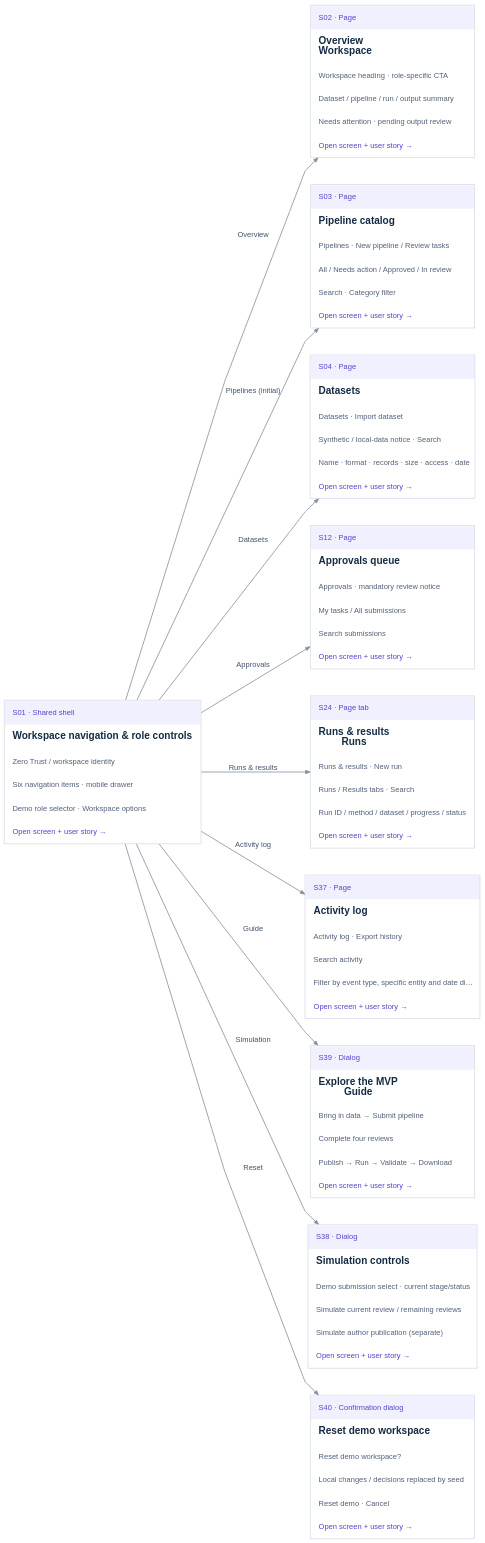
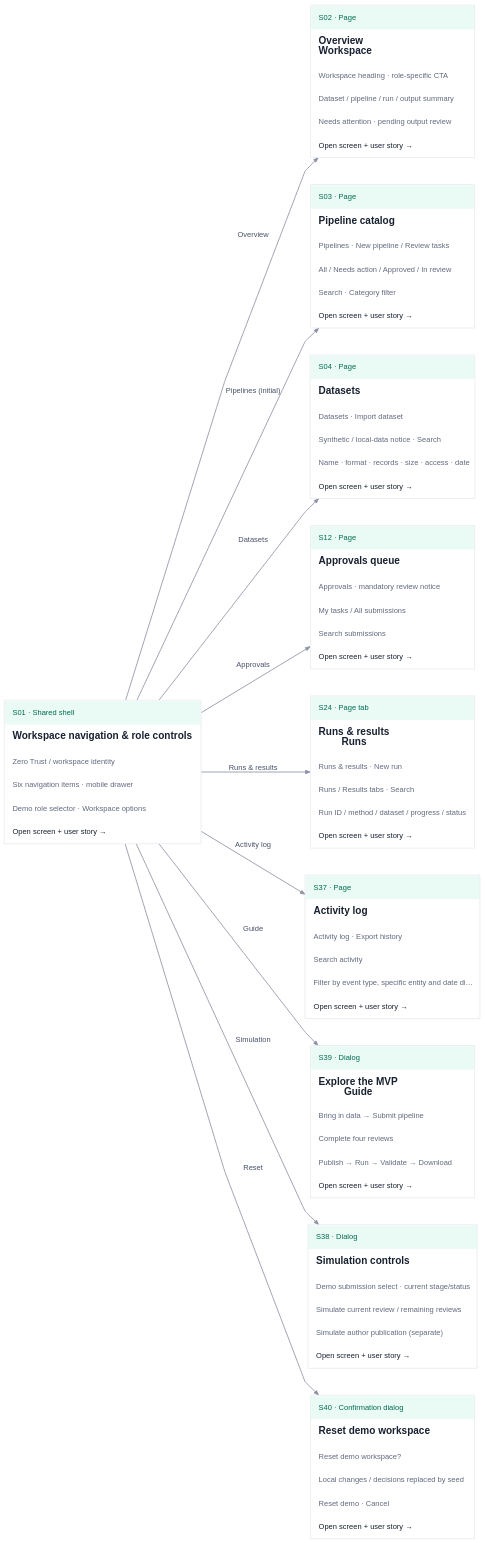
The diagram in public/mvp-flow-docs/flows/F01.dot (T-dotnet/Zero_trust), drawn with Graphviz before and after one commit. The commit also changed 50 other files, not shown here.

Commit message:
docs(mvp): refresh palette, progress and journey screenshots

```diff
--- a/public/mvp-flow-docs/flows/F01.dot
+++ b/public/mvp-flow-docs/flows/F01.dot
@@ -1,17 +1,17 @@
 digraph flow {
 graph [rankdir=LR, bgcolor="transparent", pad="0.25", nodesep="0.6", ranksep="1.05", splines=polyline, outputorder=edgesfirst];
 node [shape=plain, fontname="Arial"];
-edge [color="#8590a2", fontcolor="#42526b", fontname="Arial", fontsize=12, arrowsize=0.75, penwidth=1.3];
-S01 [id="node-S01", href="#screen=S01&journey=F01", tooltip="Workspace navigation & role controls", label=<<TABLE BORDER="1" COLOR="#cbd2df" CELLBORDER="0" CELLSPACING="0" CELLPADDING="12" BGCOLOR="white"><TR><TD ALIGN="LEFT" WIDTH="260" BGCOLOR="#f1f0ff"><FONT POINT-SIZE="12" COLOR="#5147cb">S01 · Shared shell</FONT></TD></TR><TR><TD ALIGN="LEFT"><FONT POINT-SIZE="16" COLOR="#152b42"><B>Workspace navigation &amp; role controls</B></FONT></TD></TR><TR><TD ALIGN="LEFT"><FONT POINT-SIZE="12" COLOR="#52617a">Zero Trust / workspace identity</FONT></TD></TR><TR><TD ALIGN="LEFT"><FONT POINT-SIZE="12" COLOR="#52617a">Six navigation items · mobile drawer</FONT></TD></TR><TR><TD ALIGN="LEFT"><FONT POINT-SIZE="12" COLOR="#52617a">Demo role selector · Workspace options</FONT></TD></TR><TR><TD ALIGN="LEFT"><FONT POINT-SIZE="12" COLOR="#5147cb">Open screen + user story →</FONT></TD></TR></TABLE>>];
-S02 [id="node-S02", href="#screen=S02&journey=F01", tooltip="Overview · Workspace", label=<<TABLE BORDER="1" COLOR="#cbd2df" CELLBORDER="0" CELLSPACING="0" CELLPADDING="12" BGCOLOR="white"><TR><TD ALIGN="LEFT" WIDTH="260" BGCOLOR="#f1f0ff"><FONT POINT-SIZE="12" COLOR="#5147cb">S02 · Page</FONT></TD></TR><TR><TD ALIGN="LEFT"><FONT POINT-SIZE="16" COLOR="#152b42"><B>Overview<BR ALIGN="LEFT"/>Workspace</B></FONT></TD></TR><TR><TD ALIGN="LEFT"><FONT POINT-SIZE="12" COLOR="#52617a">Workspace heading · role-specific CTA</FONT></TD></TR><TR><TD ALIGN="LEFT"><FONT POINT-SIZE="12" COLOR="#52617a">Dataset / pipeline / run / output summary</FONT></TD></TR><TR><TD ALIGN="LEFT"><FONT POINT-SIZE="12" COLOR="#52617a">Needs attention · pending output review</FONT></TD></TR><TR><TD ALIGN="LEFT"><FONT POINT-SIZE="12" COLOR="#5147cb">Open screen + user story →</FONT></TD></TR></TABLE>>];
-S03 [id="node-S03", href="#screen=S03&journey=F01", tooltip="Pipeline catalog", label=<<TABLE BORDER="1" COLOR="#cbd2df" CELLBORDER="0" CELLSPACING="0" CELLPADDING="12" BGCOLOR="white"><TR><TD ALIGN="LEFT" WIDTH="260" BGCOLOR="#f1f0ff"><FONT POINT-SIZE="12" COLOR="#5147cb">S03 · Page</FONT></TD></TR><TR><TD ALIGN="LEFT"><FONT POINT-SIZE="16" COLOR="#152b42"><B>Pipeline catalog</B></FONT></TD></TR><TR><TD ALIGN="LEFT"><FONT POINT-SIZE="12" COLOR="#52617a">Pipelines · New pipeline / Review tasks</FONT></TD></TR><TR><TD ALIGN="LEFT"><FONT POINT-SIZE="12" COLOR="#52617a">All / Needs action / Approved / In review</FONT></TD></TR><TR><TD ALIGN="LEFT"><FONT POINT-SIZE="12" COLOR="#52617a">Search · Category filter</FONT></TD></TR><TR><TD ALIGN="LEFT"><FONT POINT-SIZE="12" COLOR="#5147cb">Open screen + user story →</FONT></TD></TR></TABLE>>];
-S04 [id="node-S04", href="#screen=S04&journey=F01", tooltip="Datasets", label=<<TABLE BORDER="1" COLOR="#cbd2df" CELLBORDER="0" CELLSPACING="0" CELLPADDING="12" BGCOLOR="white"><TR><TD ALIGN="LEFT" WIDTH="260" BGCOLOR="#f1f0ff"><FONT POINT-SIZE="12" COLOR="#5147cb">S04 · Page</FONT></TD></TR><TR><TD ALIGN="LEFT"><FONT POINT-SIZE="16" COLOR="#152b42"><B>Datasets</B></FONT></TD></TR><TR><TD ALIGN="LEFT"><FONT POINT-SIZE="12" COLOR="#52617a">Datasets · Import dataset</FONT></TD></TR><TR><TD ALIGN="LEFT"><FONT POINT-SIZE="12" COLOR="#52617a">Synthetic / local-data notice · Search</FONT></TD></TR><TR><TD ALIGN="LEFT"><FONT POINT-SIZE="12" COLOR="#52617a">Name · format · records · size · access · date</FONT></TD></TR><TR><TD ALIGN="LEFT"><FONT POINT-SIZE="12" COLOR="#5147cb">Open screen + user story →</FONT></TD></TR></TABLE>>];
-S12 [id="node-S12", href="#screen=S12&journey=F01", tooltip="Approvals queue", label=<<TABLE BORDER="1" COLOR="#cbd2df" CELLBORDER="0" CELLSPACING="0" CELLPADDING="12" BGCOLOR="white"><TR><TD ALIGN="LEFT" WIDTH="260" BGCOLOR="#f1f0ff"><FONT POINT-SIZE="12" COLOR="#5147cb">S12 · Page</FONT></TD></TR><TR><TD ALIGN="LEFT"><FONT POINT-SIZE="16" COLOR="#152b42"><B>Approvals queue</B></FONT></TD></TR><TR><TD ALIGN="LEFT"><FONT POINT-SIZE="12" COLOR="#52617a">Approvals · mandatory review notice</FONT></TD></TR><TR><TD ALIGN="LEFT"><FONT POINT-SIZE="12" COLOR="#52617a">My tasks / All submissions</FONT></TD></TR><TR><TD ALIGN="LEFT"><FONT POINT-SIZE="12" COLOR="#52617a">Search submissions</FONT></TD></TR><TR><TD ALIGN="LEFT"><FONT POINT-SIZE="12" COLOR="#5147cb">Open screen + user story →</FONT></TD></TR></TABLE>>];
-S24 [id="node-S24", href="#screen=S24&journey=F01", tooltip="Runs & results · Runs", label=<<TABLE BORDER="1" COLOR="#cbd2df" CELLBORDER="0" CELLSPACING="0" CELLPADDING="12" BGCOLOR="white"><TR><TD ALIGN="LEFT" WIDTH="260" BGCOLOR="#f1f0ff"><FONT POINT-SIZE="12" COLOR="#5147cb">S24 · Page tab</FONT></TD></TR><TR><TD ALIGN="LEFT"><FONT POINT-SIZE="16" COLOR="#152b42"><B>Runs &amp; results<BR ALIGN="LEFT"/>Runs</B></FONT></TD></TR><TR><TD ALIGN="LEFT"><FONT POINT-SIZE="12" COLOR="#52617a">Runs &amp; results · New run</FONT></TD></TR><TR><TD ALIGN="LEFT"><FONT POINT-SIZE="12" COLOR="#52617a">Runs / Results tabs · Search</FONT></TD></TR><TR><TD ALIGN="LEFT"><FONT POINT-SIZE="12" COLOR="#52617a">Run ID / method / dataset / progress / status</FONT></TD></TR><TR><TD ALIGN="LEFT"><FONT POINT-SIZE="12" COLOR="#5147cb">Open screen + user story →</FONT></TD></TR></TABLE>>];
-S37 [id="node-S37", href="#screen=S37&journey=F01", tooltip="Activity log", label=<<TABLE BORDER="1" COLOR="#cbd2df" CELLBORDER="0" CELLSPACING="0" CELLPADDING="12" BGCOLOR="white"><TR><TD ALIGN="LEFT" WIDTH="260" BGCOLOR="#f1f0ff"><FONT POINT-SIZE="12" COLOR="#5147cb">S37 · Page</FONT></TD></TR><TR><TD ALIGN="LEFT"><FONT POINT-SIZE="16" COLOR="#152b42"><B>Activity log</B></FONT></TD></TR><TR><TD ALIGN="LEFT"><FONT POINT-SIZE="12" COLOR="#52617a">Activity log · Export history</FONT></TD></TR><TR><TD ALIGN="LEFT"><FONT POINT-SIZE="12" COLOR="#52617a">Search activity</FONT></TD></TR><TR><TD ALIGN="LEFT"><FONT POINT-SIZE="12" COLOR="#52617a">Filter by event type, specific entity and date di…</FONT></TD></TR><TR><TD ALIGN="LEFT"><FONT POINT-SIZE="12" COLOR="#5147cb">Open screen + user story →</FONT></TD></TR></TABLE>>];
-S39 [id="node-S39", href="#screen=S39&journey=F01", tooltip="Explore the MVP · Guide", label=<<TABLE BORDER="1" COLOR="#cbd2df" CELLBORDER="0" CELLSPACING="0" CELLPADDING="12" BGCOLOR="white"><TR><TD ALIGN="LEFT" WIDTH="260" BGCOLOR="#f1f0ff"><FONT POINT-SIZE="12" COLOR="#5147cb">S39 · Dialog</FONT></TD></TR><TR><TD ALIGN="LEFT"><FONT POINT-SIZE="16" COLOR="#152b42"><B>Explore the MVP<BR ALIGN="LEFT"/>Guide</B></FONT></TD></TR><TR><TD ALIGN="LEFT"><FONT POINT-SIZE="12" COLOR="#52617a">Bring in data → Submit pipeline</FONT></TD></TR><TR><TD ALIGN="LEFT"><FONT POINT-SIZE="12" COLOR="#52617a">Complete four reviews</FONT></TD></TR><TR><TD ALIGN="LEFT"><FONT POINT-SIZE="12" COLOR="#52617a">Publish → Run → Validate → Download</FONT></TD></TR><TR><TD ALIGN="LEFT"><FONT POINT-SIZE="12" COLOR="#5147cb">Open screen + user story →</FONT></TD></TR></TABLE>>];
-S38 [id="node-S38", href="#screen=S38&journey=F01", tooltip="Simulation controls", label=<<TABLE BORDER="1" COLOR="#cbd2df" CELLBORDER="0" CELLSPACING="0" CELLPADDING="12" BGCOLOR="white"><TR><TD ALIGN="LEFT" WIDTH="260" BGCOLOR="#f1f0ff"><FONT POINT-SIZE="12" COLOR="#5147cb">S38 · Dialog</FONT></TD></TR><TR><TD ALIGN="LEFT"><FONT POINT-SIZE="16" COLOR="#152b42"><B>Simulation controls</B></FONT></TD></TR><TR><TD ALIGN="LEFT"><FONT POINT-SIZE="12" COLOR="#52617a">Demo submission select · current stage/status</FONT></TD></TR><TR><TD ALIGN="LEFT"><FONT POINT-SIZE="12" COLOR="#52617a">Simulate current review / remaining reviews</FONT></TD></TR><TR><TD ALIGN="LEFT"><FONT POINT-SIZE="12" COLOR="#52617a">Simulate author publication (separate)</FONT></TD></TR><TR><TD ALIGN="LEFT"><FONT POINT-SIZE="12" COLOR="#5147cb">Open screen + user story →</FONT></TD></TR></TABLE>>];
-S40 [id="node-S40", href="#screen=S40&journey=F01", tooltip="Reset demo workspace", label=<<TABLE BORDER="1" COLOR="#cbd2df" CELLBORDER="0" CELLSPACING="0" CELLPADDING="12" BGCOLOR="white"><TR><TD ALIGN="LEFT" WIDTH="260" BGCOLOR="#f1f0ff"><FONT POINT-SIZE="12" COLOR="#5147cb">S40 · Confirmation dialog</FONT></TD></TR><TR><TD ALIGN="LEFT"><FONT POINT-SIZE="16" COLOR="#152b42"><B>Reset demo workspace</B></FONT></TD></TR><TR><TD ALIGN="LEFT"><FONT POINT-SIZE="12" COLOR="#52617a">Reset demo workspace?</FONT></TD></TR><TR><TD ALIGN="LEFT"><FONT POINT-SIZE="12" COLOR="#52617a">Local changes / decisions replaced by seed</FONT></TD></TR><TR><TD ALIGN="LEFT"><FONT POINT-SIZE="12" COLOR="#52617a">Reset demo · Cancel</FONT></TD></TR><TR><TD ALIGN="LEFT"><FONT POINT-SIZE="12" COLOR="#5147cb">Open screen + user story →</FONT></TD></TR></TABLE>>];
+edge [color="#8c91a4", fontcolor="#495268", fontname="Arial", fontsize=12, arrowsize=0.75, penwidth=1.3];
+S01 [id="node-S01", href="#screen=S01&journey=F01", tooltip="Workspace navigation & role controls", label=<<TABLE BORDER="1" COLOR="#e0e4ec" CELLBORDER="0" CELLSPACING="0" CELLPADDING="12" BGCOLOR="white"><TR><TD ALIGN="LEFT" WIDTH="260" BGCOLOR="#eafbf5"><FONT POINT-SIZE="12" COLOR="#006b50">S01 · Shared shell</FONT></TD></TR><TR><TD ALIGN="LEFT"><FONT POINT-SIZE="16" COLOR="#18212f"><B>Workspace navigation &amp; role controls</B></FONT></TD></TR><TR><TD ALIGN="LEFT"><FONT POINT-SIZE="12" COLOR="#626a7e">Zero Trust / workspace identity</FONT></TD></TR><TR><TD ALIGN="LEFT"><FONT POINT-SIZE="12" COLOR="#626a7e">Six navigation items · mobile drawer</FONT></TD></TR><TR><TD ALIGN="LEFT"><FONT POINT-SIZE="12" COLOR="#626a7e">Demo role selector · Workspace options</FONT></TD></TR><TR><TD ALIGN="LEFT"><FONT POINT-SIZE="12" COLOR="#18212f">Open screen + user story →</FONT></TD></TR></TABLE>>];
+S02 [id="node-S02", href="#screen=S02&journey=F01", tooltip="Overview · Workspace", label=<<TABLE BORDER="1" COLOR="#e0e4ec" CELLBORDER="0" CELLSPACING="0" CELLPADDING="12" BGCOLOR="white"><TR><TD ALIGN="LEFT" WIDTH="260" BGCOLOR="#eafbf5"><FONT POINT-SIZE="12" COLOR="#006b50">S02 · Page</FONT></TD></TR><TR><TD ALIGN="LEFT"><FONT POINT-SIZE="16" COLOR="#18212f"><B>Overview<BR ALIGN="LEFT"/>Workspace</B></FONT></TD></TR><TR><TD ALIGN="LEFT"><FONT POINT-SIZE="12" COLOR="#626a7e">Workspace heading · role-specific CTA</FONT></TD></TR><TR><TD ALIGN="LEFT"><FONT POINT-SIZE="12" COLOR="#626a7e">Dataset / pipeline / run / output summary</FONT></TD></TR><TR><TD ALIGN="LEFT"><FONT POINT-SIZE="12" COLOR="#626a7e">Needs attention · pending output review</FONT></TD></TR><TR><TD ALIGN="LEFT"><FONT POINT-SIZE="12" COLOR="#18212f">Open screen + user story →</FONT></TD></TR></TABLE>>];
+S03 [id="node-S03", href="#screen=S03&journey=F01", tooltip="Pipeline catalog", label=<<TABLE BORDER="1" COLOR="#e0e4ec" CELLBORDER="0" CELLSPACING="0" CELLPADDING="12" BGCOLOR="white"><TR><TD ALIGN="LEFT" WIDTH="260" BGCOLOR="#eafbf5"><FONT POINT-SIZE="12" COLOR="#006b50">S03 · Page</FONT></TD></TR><TR><TD ALIGN="LEFT"><FONT POINT-SIZE="16" COLOR="#18212f"><B>Pipeline catalog</B></FONT></TD></TR><TR><TD ALIGN="LEFT"><FONT POINT-SIZE="12" COLOR="#626a7e">Pipelines · New pipeline / Review tasks</FONT></TD></TR><TR><TD ALIGN="LEFT"><FONT POINT-SIZE="12" COLOR="#626a7e">All / Needs action / Approved / In review</FONT></TD></TR><TR><TD ALIGN="LEFT"><FONT POINT-SIZE="12" COLOR="#626a7e">Search · Category filter</FONT></TD></TR><TR><TD ALIGN="LEFT"><FONT POINT-SIZE="12" COLOR="#18212f">Open screen + user story →</FONT></TD></TR></TABLE>>];
+S04 [id="node-S04", href="#screen=S04&journey=F01", tooltip="Datasets", label=<<TABLE BORDER="1" COLOR="#e0e4ec" CELLBORDER="0" CELLSPACING="0" CELLPADDING="12" BGCOLOR="white"><TR><TD ALIGN="LEFT" WIDTH="260" BGCOLOR="#eafbf5"><FONT POINT-SIZE="12" COLOR="#006b50">S04 · Page</FONT></TD></TR><TR><TD ALIGN="LEFT"><FONT POINT-SIZE="16" COLOR="#18212f"><B>Datasets</B></FONT></TD></TR><TR><TD ALIGN="LEFT"><FONT POINT-SIZE="12" COLOR="#626a7e">Datasets · Import dataset</FONT></TD></TR><TR><TD ALIGN="LEFT"><FONT POINT-SIZE="12" COLOR="#626a7e">Synthetic / local-data notice · Search</FONT></TD></TR><TR><TD ALIGN="LEFT"><FONT POINT-SIZE="12" COLOR="#626a7e">Name · format · records · size · access · date</FONT></TD></TR><TR><TD ALIGN="LEFT"><FONT POINT-SIZE="12" COLOR="#18212f">Open screen + user story →</FONT></TD></TR></TABLE>>];
+S12 [id="node-S12", href="#screen=S12&journey=F01", tooltip="Approvals queue", label=<<TABLE BORDER="1" COLOR="#e0e4ec" CELLBORDER="0" CELLSPACING="0" CELLPADDING="12" BGCOLOR="white"><TR><TD ALIGN="LEFT" WIDTH="260" BGCOLOR="#eafbf5"><FONT POINT-SIZE="12" COLOR="#006b50">S12 · Page</FONT></TD></TR><TR><TD ALIGN="LEFT"><FONT POINT-SIZE="16" COLOR="#18212f"><B>Approvals queue</B></FONT></TD></TR><TR><TD ALIGN="LEFT"><FONT POINT-SIZE="12" COLOR="#626a7e">Approvals · mandatory review notice</FONT></TD></TR><TR><TD ALIGN="LEFT"><FONT POINT-SIZE="12" COLOR="#626a7e">My tasks / All submissions</FONT></TD></TR><TR><TD ALIGN="LEFT"><FONT POINT-SIZE="12" COLOR="#626a7e">Search submissions</FONT></TD></TR><TR><TD ALIGN="LEFT"><FONT POINT-SIZE="12" COLOR="#18212f">Open screen + user story →</FONT></TD></TR></TABLE>>];
+S24 [id="node-S24", href="#screen=S24&journey=F01", tooltip="Runs & results · Runs", label=<<TABLE BORDER="1" COLOR="#e0e4ec" CELLBORDER="0" CELLSPACING="0" CELLPADDING="12" BGCOLOR="white"><TR><TD ALIGN="LEFT" WIDTH="260" BGCOLOR="#eafbf5"><FONT POINT-SIZE="12" COLOR="#006b50">S24 · Page tab</FONT></TD></TR><TR><TD ALIGN="LEFT"><FONT POINT-SIZE="16" COLOR="#18212f"><B>Runs &amp; results<BR ALIGN="LEFT"/>Runs</B></FONT></TD></TR><TR><TD ALIGN="LEFT"><FONT POINT-SIZE="12" COLOR="#626a7e">Runs &amp; results · New run</FONT></TD></TR><TR><TD ALIGN="LEFT"><FONT POINT-SIZE="12" COLOR="#626a7e">Runs / Results tabs · Search</FONT></TD></TR><TR><TD ALIGN="LEFT"><FONT POINT-SIZE="12" COLOR="#626a7e">Run ID / method / dataset / progress / status</FONT></TD></TR><TR><TD ALIGN="LEFT"><FONT POINT-SIZE="12" COLOR="#18212f">Open screen + user story →</FONT></TD></TR></TABLE>>];
+S37 [id="node-S37", href="#screen=S37&journey=F01", tooltip="Activity log", label=<<TABLE BORDER="1" COLOR="#e0e4ec" CELLBORDER="0" CELLSPACING="0" CELLPADDING="12" BGCOLOR="white"><TR><TD ALIGN="LEFT" WIDTH="260" BGCOLOR="#eafbf5"><FONT POINT-SIZE="12" COLOR="#006b50">S37 · Page</FONT></TD></TR><TR><TD ALIGN="LEFT"><FONT POINT-SIZE="16" COLOR="#18212f"><B>Activity log</B></FONT></TD></TR><TR><TD ALIGN="LEFT"><FONT POINT-SIZE="12" COLOR="#626a7e">Activity log · Export history</FONT></TD></TR><TR><TD ALIGN="LEFT"><FONT POINT-SIZE="12" COLOR="#626a7e">Search activity</FONT></TD></TR><TR><TD ALIGN="LEFT"><FONT POINT-SIZE="12" COLOR="#626a7e">Filter by event type, specific entity and date di…</FONT></TD></TR><TR><TD ALIGN="LEFT"><FONT POINT-SIZE="12" COLOR="#18212f">Open screen + user story →</FONT></TD></TR></TABLE>>];
+S39 [id="node-S39", href="#screen=S39&journey=F01", tooltip="Explore the MVP · Guide", label=<<TABLE BORDER="1" COLOR="#e0e4ec" CELLBORDER="0" CELLSPACING="0" CELLPADDING="12" BGCOLOR="white"><TR><TD ALIGN="LEFT" WIDTH="260" BGCOLOR="#eafbf5"><FONT POINT-SIZE="12" COLOR="#006b50">S39 · Dialog</FONT></TD></TR><TR><TD ALIGN="LEFT"><FONT POINT-SIZE="16" COLOR="#18212f"><B>Explore the MVP<BR ALIGN="LEFT"/>Guide</B></FONT></TD></TR><TR><TD ALIGN="LEFT"><FONT POINT-SIZE="12" COLOR="#626a7e">Bring in data → Submit pipeline</FONT></TD></TR><TR><TD ALIGN="LEFT"><FONT POINT-SIZE="12" COLOR="#626a7e">Complete four reviews</FONT></TD></TR><TR><TD ALIGN="LEFT"><FONT POINT-SIZE="12" COLOR="#626a7e">Publish → Run → Validate → Download</FONT></TD></TR><TR><TD ALIGN="LEFT"><FONT POINT-SIZE="12" COLOR="#18212f">Open screen + user story →</FONT></TD></TR></TABLE>>];
+S38 [id="node-S38", href="#screen=S38&journey=F01", tooltip="Simulation controls", label=<<TABLE BORDER="1" COLOR="#e0e4ec" CELLBORDER="0" CELLSPACING="0" CELLPADDING="12" BGCOLOR="white"><TR><TD ALIGN="LEFT" WIDTH="260" BGCOLOR="#eafbf5"><FONT POINT-SIZE="12" COLOR="#006b50">S38 · Dialog</FONT></TD></TR><TR><TD ALIGN="LEFT"><FONT POINT-SIZE="16" COLOR="#18212f"><B>Simulation controls</B></FONT></TD></TR><TR><TD ALIGN="LEFT"><FONT POINT-SIZE="12" COLOR="#626a7e">Demo submission select · current stage/status</FONT></TD></TR><TR><TD ALIGN="LEFT"><FONT POINT-SIZE="12" COLOR="#626a7e">Simulate current review / remaining reviews</FONT></TD></TR><TR><TD ALIGN="LEFT"><FONT POINT-SIZE="12" COLOR="#626a7e">Simulate author publication (separate)</FONT></TD></TR><TR><TD ALIGN="LEFT"><FONT POINT-SIZE="12" COLOR="#18212f">Open screen + user story →</FONT></TD></TR></TABLE>>];
+S40 [id="node-S40", href="#screen=S40&journey=F01", tooltip="Reset demo workspace", label=<<TABLE BORDER="1" COLOR="#e0e4ec" CELLBORDER="0" CELLSPACING="0" CELLPADDING="12" BGCOLOR="white"><TR><TD ALIGN="LEFT" WIDTH="260" BGCOLOR="#eafbf5"><FONT POINT-SIZE="12" COLOR="#006b50">S40 · Confirmation dialog</FONT></TD></TR><TR><TD ALIGN="LEFT"><FONT POINT-SIZE="16" COLOR="#18212f"><B>Reset demo workspace</B></FONT></TD></TR><TR><TD ALIGN="LEFT"><FONT POINT-SIZE="12" COLOR="#626a7e">Reset demo workspace?</FONT></TD></TR><TR><TD ALIGN="LEFT"><FONT POINT-SIZE="12" COLOR="#626a7e">Local changes / decisions replaced by seed</FONT></TD></TR><TR><TD ALIGN="LEFT"><FONT POINT-SIZE="12" COLOR="#626a7e">Reset demo · Cancel</FONT></TD></TR><TR><TD ALIGN="LEFT"><FONT POINT-SIZE="12" COLOR="#18212f">Open screen + user story →</FONT></TD></TR></TABLE>>];
 S01 -> S02 [label="Overview", tooltip="Overview"];
 S01 -> S03 [label="Pipelines (initial)", tooltip="Pipelines (initial)"];
 S01 -> S04 [label="Datasets", tooltip="Datasets"];
```
